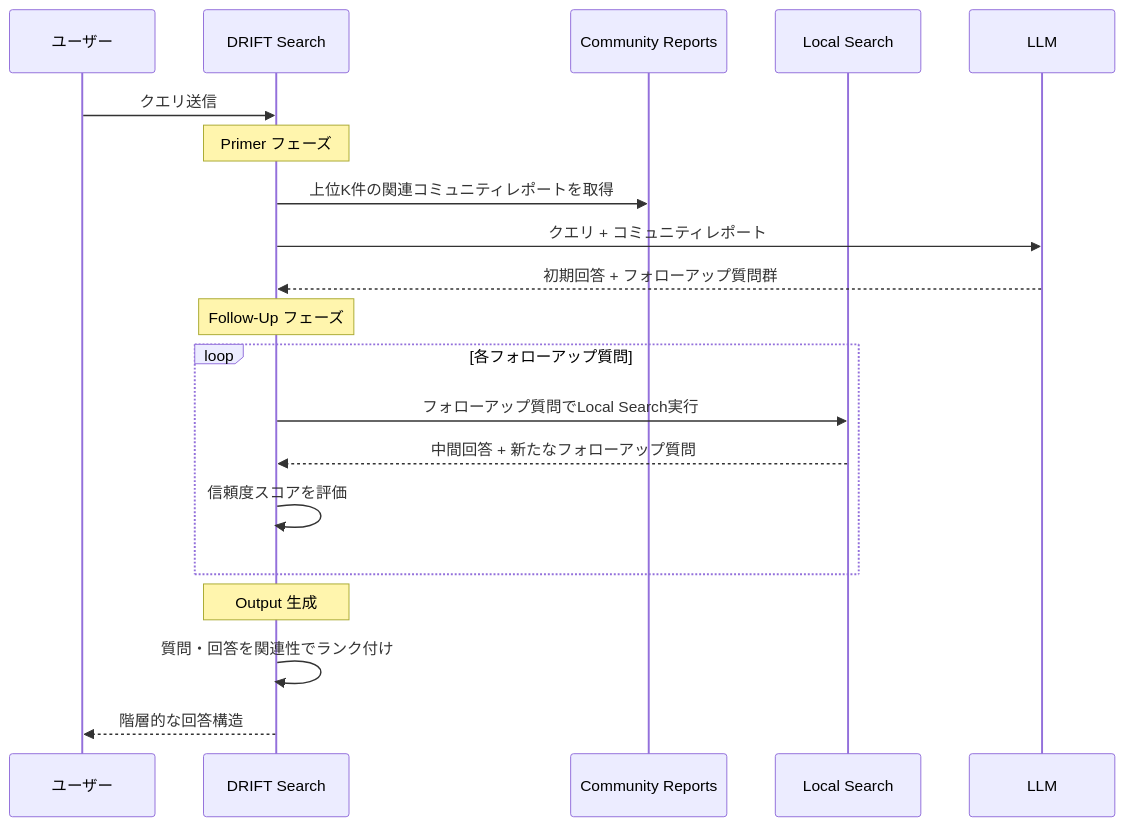
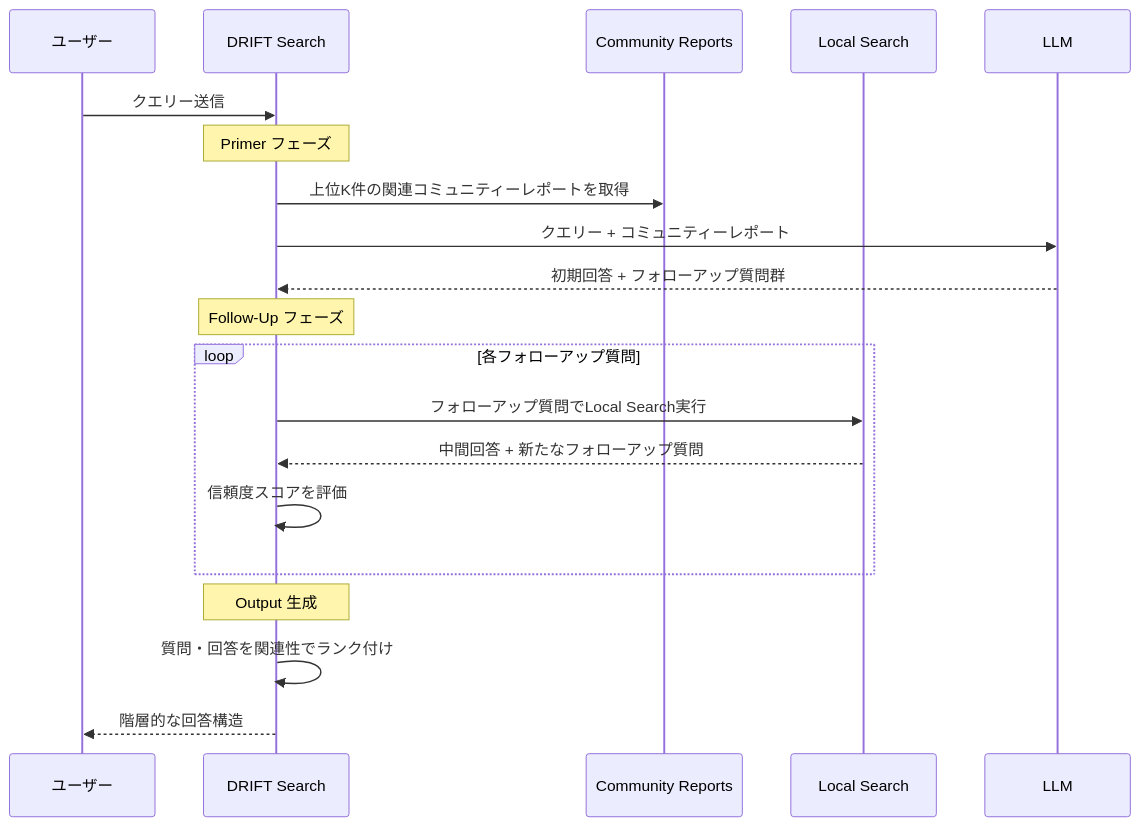
One commit to yoichiozaki/yoichiozaki.github.io changed the fifth of 5 diagrams in content/blog/ja/graphrag.mdx. Above: the diagram before and after it, drawn with Mermaid. The commit also changed other lines of this file and 117 other files, not shown here.

````diff
--- a/content/blog/ja/graphrag.mdx
+++ b/content/blog/ja/graphrag.mdx
@@ -299,25 +299,25 @@
 ```mermaid
 sequenceDiagram
     participant U as ユーザー
     participant D as DRIFT Search
     participant CR as Community Reports
     participant LS as Local Search
     participant LLM as LLM
 
-    U->>D: クエリ送信
+    U->>D: クエリー送信
     Note over D: Primer フェーズ
-    D->>CR: 上位K件の関連コミュニティレポートを取得
-    D->>LLM: クエリ + コミュニティレポート
+    D->>CR: 上位K件の関連コミュニティーレポートを取得
+    D->>LLM: クエリー + コミュニティーレポート
     LLM-->>D: 初期回答 + フォローアップ質問群
 
     Note over D: Follow-Up フェーズ
     loop 各フォローアップ質問
         D->>LS: フォローアップ質問でLocal Search実行
         LS-->>D: 中間回答 + 新たなフォローアップ質問
         D->>D: 信頼度スコアを評価
     end
 
     Note over D: Output 生成
     D->>D: 質問・回答を関連性でランク付け
     D-->>U: 階層的な回答構造
 ```
````
